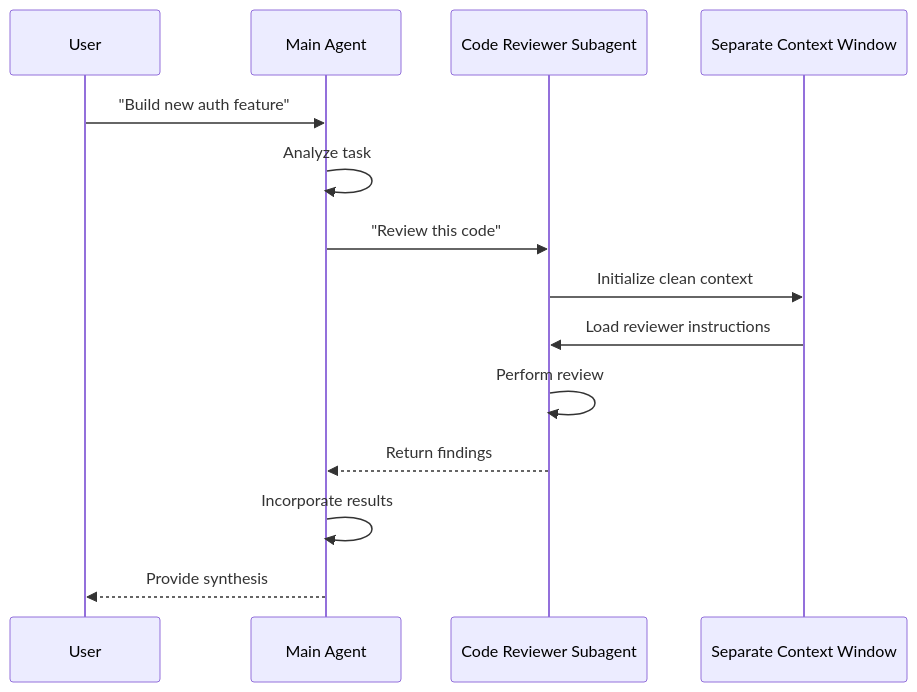
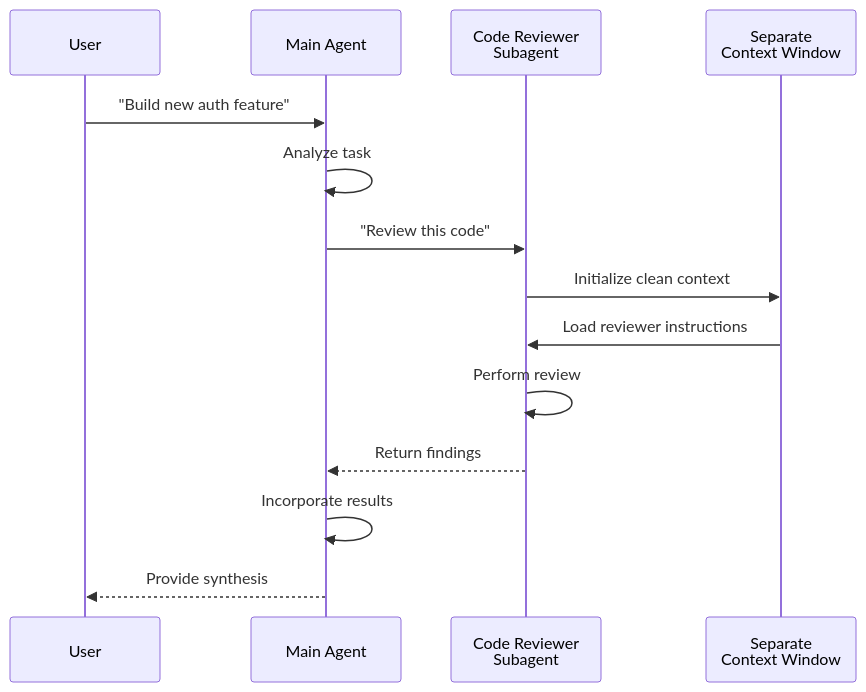
The fifth of 7 diagrams in claude-howto-zh/04-subagents/README.md (Rx782-Fss/claude-howto-zh), drawn with Mermaid before and after one commit. The commit also changed other lines of this file and 91 other files, not shown here.

````diff
--- a/claude-howto-zh/04-subagents/README.md
+++ b/claude-howto-zh/04-subagents/README.md
@@ -748,17 +845,17 @@
 ```mermaid
 sequenceDiagram
     participant User
     participant MainAgent as Main Agent
-    participant CodeReviewer as Code Reviewer Subagent
-    participant Context as Separate Context Window
+    participant CodeReviewer as Code Reviewer<br/>Subagent
+    participant Context as Separate<br/>Context Window
 
     User->>MainAgent: "Build new auth feature"
     MainAgent->>MainAgent: Analyze task
     MainAgent->>CodeReviewer: "Review this code"
     CodeReviewer->>Context: Initialize clean context
     Context->>CodeReviewer: Load reviewer instructions
     CodeReviewer->>CodeReviewer: Perform review
     CodeReviewer-->>MainAgent: Return findings
     MainAgent->>MainAgent: Incorporate results
     MainAgent-->>User: Provide synthesis
 ```
````
